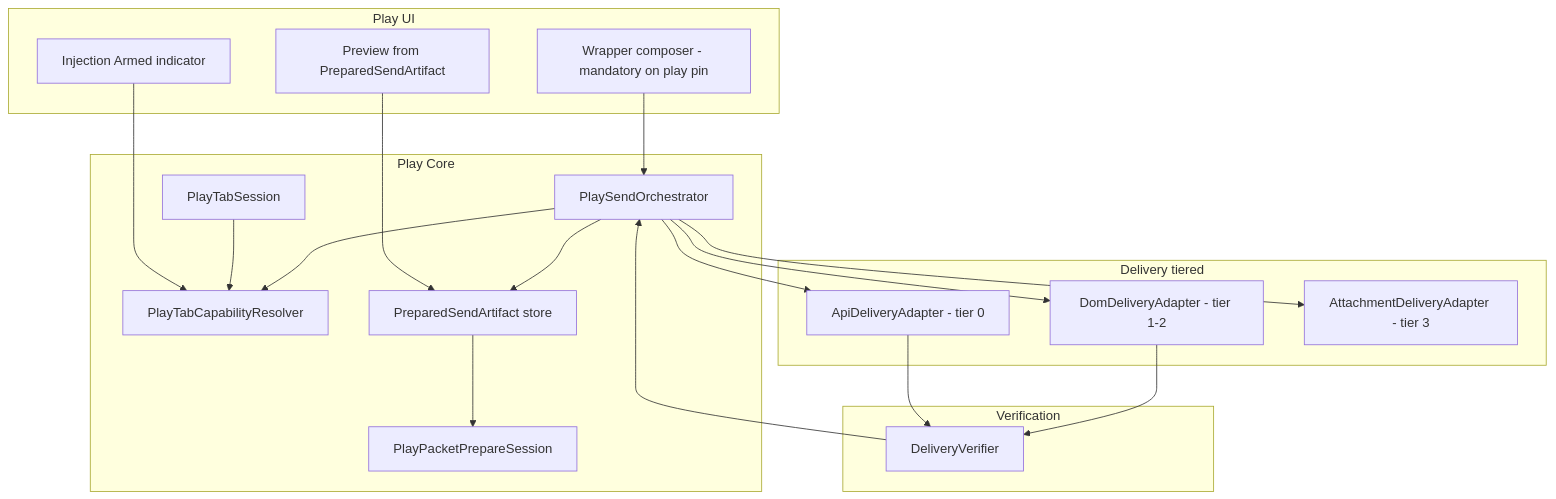
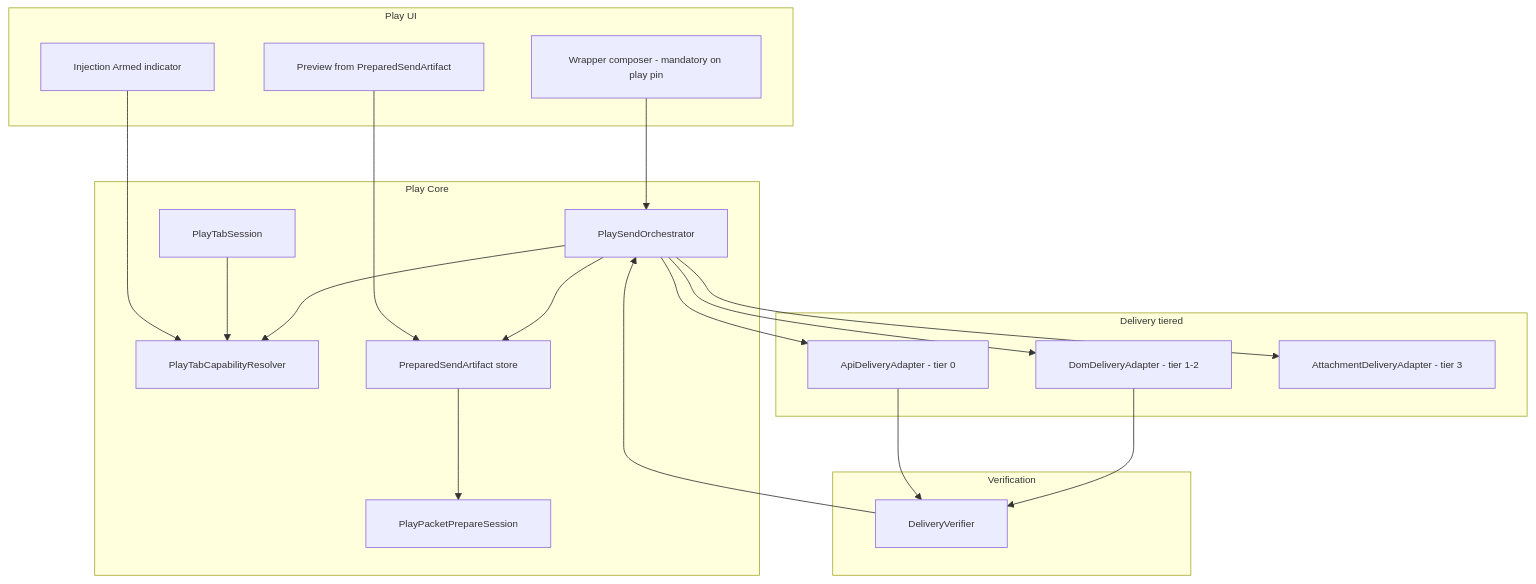
Before and after one commit to CMD0112/NarrativeGPT: the diagram in docs/plans/play-send-orchestration-implementation-plan.md, drawn with Mermaid. The commit also changed 788 other files, not shown here.

````diff
--- a/docs/plans/play-send-orchestration-implementation-plan.md
+++ b/docs/plans/play-send-orchestration-implementation-plan.md
@@ -77,40 +77,41 @@
 ```mermaid
+%%{init: {"flowchart":{"nodeSpacing":58,"rankSpacing":68,"padding":20,"subGraphTitleMargin":16,"diagramPadding":12,"htmlLabels":true},"themeVariables":{"fontSize":"12px"}} }%%
 flowchart TB
   subgraph ui [Play UI]
     WC[Wrapper composer - mandatory on play pin]
     PRE[Preview from PreparedSendArtifact]
     ARM[Injection Armed indicator]
   end
 
   subgraph core [Play Core]
     PTS[PlayTabSession]
     CAP[PlayTabCapabilityResolver]
     ORC[PlaySendOrchestrator]
     ART[PreparedSendArtifact store]
     PKT[PlayPacketPrepareSession]
   end
 
   subgraph delivery [Delivery tiered]
     API[ApiDeliveryAdapter - tier 0]
     DOM[DomDeliveryAdapter - tier 1-2]
     ATT[AttachmentDeliveryAdapter - tier 3]
   end
 
   subgraph verify [Verification]
     VER[DeliveryVerifier]
   end
 
   WC --> ORC
   PRE --> ART
   ARM --> CAP
   PTS --> CAP
   ORC --> CAP
   ORC --> ART
   ART --> PKT
   ORC --> API
   ORC --> DOM
   ORC --> ATT
   API --> VER
   DOM --> VER
   VER --> ORC
 ```
````
